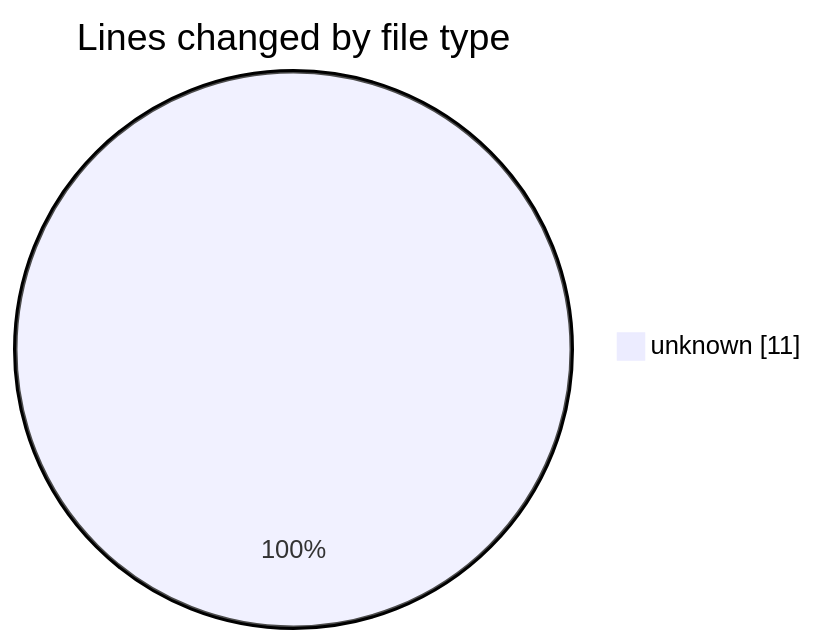
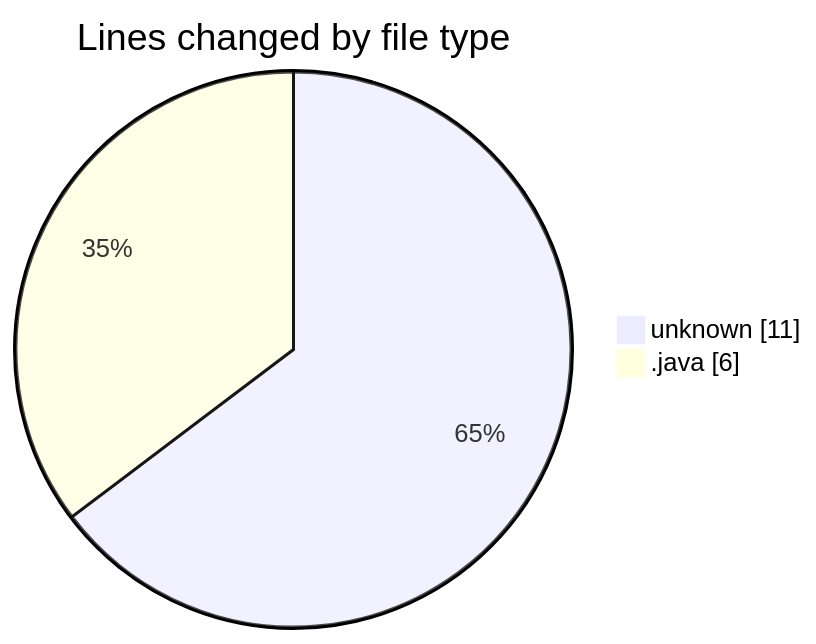
The first of 2 diagrams in 2026-04-12/chatserver/README.md (hasnaa123/code-tracking), drawn with Mermaid before and after one commit. The commit also changed other lines of this file and 1 other file, not shown here.

````diff
--- a/2026-04-12/chatserver/README.md
+++ b/2026-04-12/chatserver/README.md
@@ -20,5 +21,6 @@
 ```mermaid
 pie showData
 title Lines changed by file type
 "unknown" : 11
+".java" : 6
 ```
````
